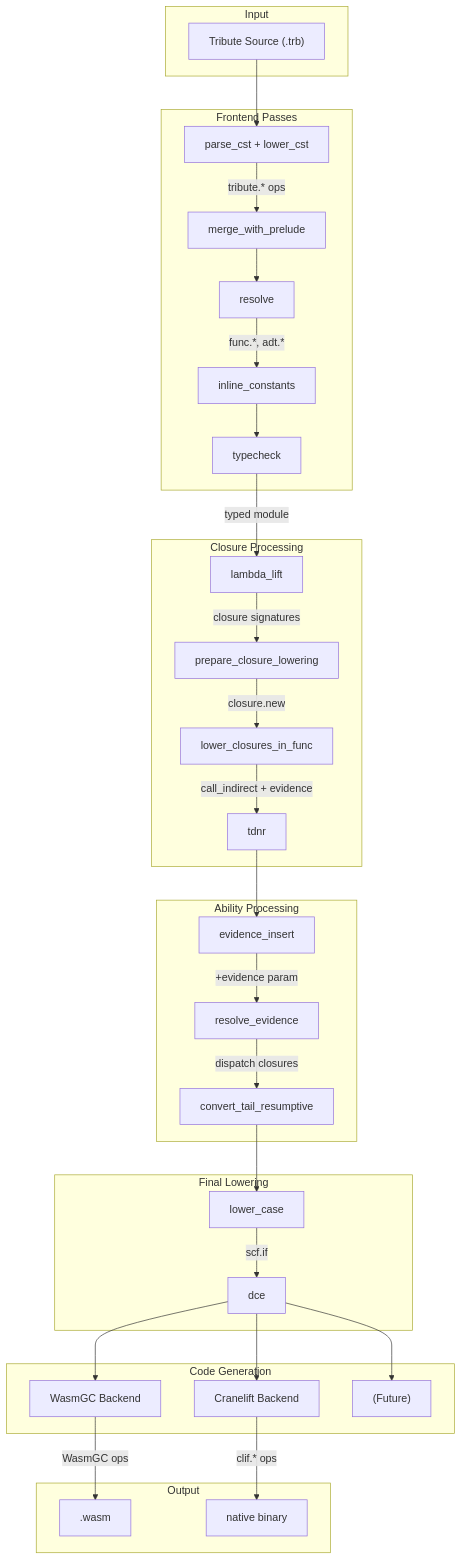
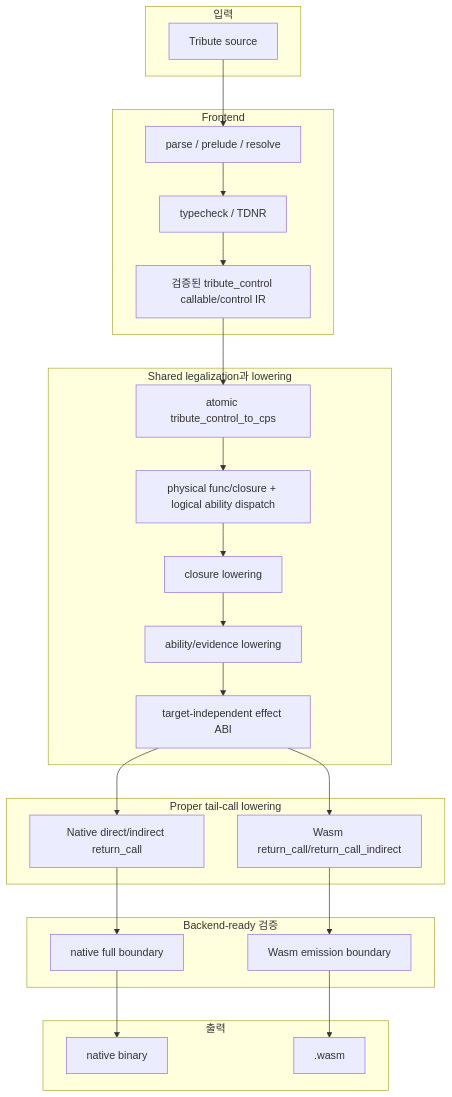
The diagram in new-plans/implementation.md (Kroisse/tribute), drawn with Mermaid before and after one commit. The commit also changed other lines of this file and 3 other files, not shown here.

First line of the commit message:
#821: Specify unified source-logical callable and control IR boundary (#827)

````diff
--- a/new-plans/implementation.md
+++ b/new-plans/implementation.md
@@ -799,61 +875,50 @@
 ```mermaid
 flowchart TB
-    subgraph input["Input"]
-        source["Tribute Source (.trb)"]
+    subgraph input["입력"]
+        source["Tribute source"]
     end
 
-    subgraph frontend["Frontend Passes"]
-        parse["parse_cst + lower_cst"]
-        prelude["merge_with_prelude"]
-        resolve["resolve"]
-        const_inline["inline_constants"]
-        typecheck["typecheck"]
+    subgraph frontend["Frontend"]
+        parse["parse / prelude / resolve"]
+        typecheck["typecheck / TDNR"]
+        direct["검증된 tribute_control callable/control IR"]
     end
 
-    subgraph closure["Closure Processing"]
-        lambda_lift["lambda_lift"]
-        closure_prep["prepare_closure_lowering"]
-        closure_func["lower_closures_in_func"]
-        tdnr["tdnr"]
+    subgraph shared["Shared legalization과 lowering"]
+        cps["atomic tribute_control_to_cps"]
+        physical["physical func/closure + logical ability dispatch"]
+        closure["closure lowering"]
+        ability["ability/evidence lowering"]
+        effect["target-independent effect ABI"]
     end
 
-    subgraph ability["Ability Processing"]
-        evidence["evidence_insert"]
-        resolve_ev["resolve_evidence"]
-        tail_opt["convert_tail_resumptive"]
+    subgraph targets["Proper tail-call lowering"]
+        native_tail["Native direct/indirect return_call"]
+        wasm_tail["Wasm return_call/return_call_indirect"]
     end
 
-    subgraph lowering["Final Lowering"]
-        lower_case["lower_case"]
-        dce["dce"]
+    subgraph verify["Backend-ready 검증"]
+        native_ready["native full boundary"]
+        wasm_ready["Wasm emission boundary"]
     end
 
-    subgraph backends["Code Generation"]
-        wasm["WasmGC Backend"]
-        cranelift["Cranelift Backend"]
-        future["(Future)"]
-    end
-
-    subgraph output["Output"]
+    subgraph output["출력"]
+        native_bin["native binary"]
         wasm_bin[".wasm"]
-        native["native binary"]
     end
 
     source --> parse
-    parse -->|"tribute.* ops"| prelude
-    prelude --> resolve
-    resolve -->|"func.*, adt.*"| const_inline
-    const_inline --> typecheck
-    typecheck -->|"typed module"| lambda_lift
-    lambda_lift -->|"closure signatures"| closure_prep
-    closure_prep -->|"closure.new"| closure_func
-    closure_func -->|"call_indirect + evidence"| tdnr
-    tdnr --> evidence
-    evidence -->|"+evidence param"| resolve_ev
-    resolve_ev -->|"dispatch closures"| tail_opt
-    tail_opt --> lower_case
-    lower_case -->|"scf.if"| dce
-    dce --> wasm & cranelift & future
-    wasm -->|"WasmGC ops"| wasm_bin
-    cranelift -->|"clif.* ops"| native
+    parse --> typecheck
+    typecheck --> direct
+    direct --> cps
+    cps --> physical
+    physical --> closure
+    closure --> ability
+    ability --> effect
+    effect --> native_tail
+    effect --> wasm_tail
+    native_tail --> native_ready
+    wasm_tail --> wasm_ready
+    native_ready --> native_bin
+    wasm_ready --> wasm_bin
 ```
````
